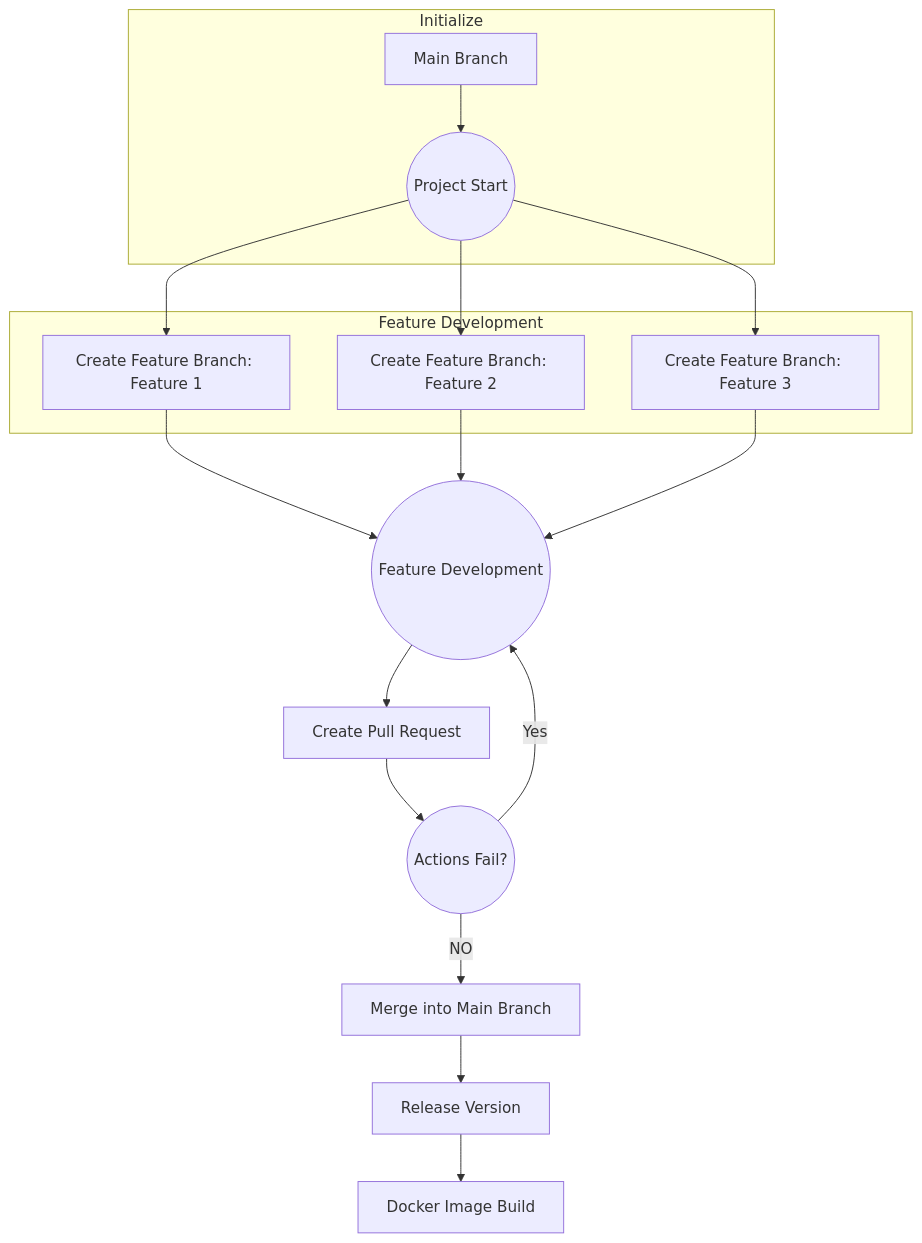
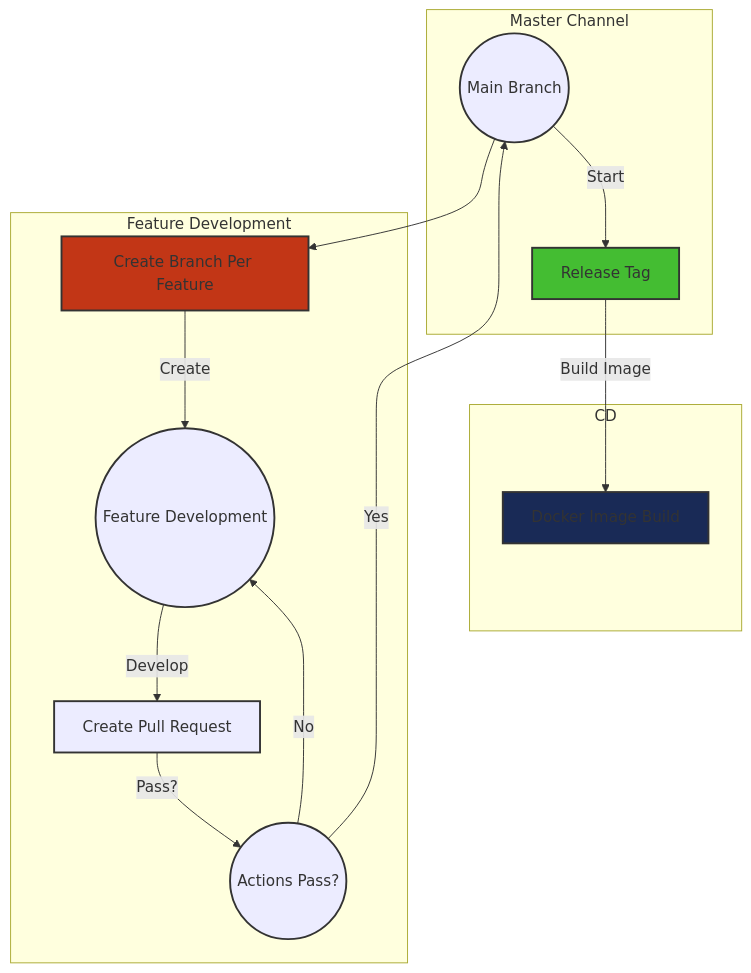
One commit to FMotalleb/cord-locator changed the diagram in README.md. Above: the diagram before and after it, drawn with Mermaid. The commit also changed other lines of this file, not shown here.

````diff
--- a/README.md
+++ b/README.md
@@ -37,24 +47,30 @@
 ```mermaid
 flowchart TB
-    subgraph "Initialize"
-        A[Main Branch] --> B((Project Start))
+    subgraph "Master Channel"
+        A((Main Branch)) -->|Start| B[Release Tag]
+    end
+    subgraph "CD"
+        B -->|Build Image| M[Docker Image Build]
+    end
+    subgraph "Feature Development"
+        A --> C[Create Branch Per Feature]
+        C -->|Create| F((Feature Development))
+
+        F -->|Develop| G[Create Pull Request]
+        G -->|Pass?| H((Actions Pass?))
+        H -->|No| F
+        H -->|Yes| A
     end
 
-    subgraph "Feature Development"
-        B --> C[Create Feature Branch: Feature 1]
-        B --> D[Create Feature Branch: Feature 2]
-        B --> E[Create Feature Branch: Feature 3]
-    end
-
-    C --> F((Feature Development))
-    D --> F
-    E --> F
-
-    F --> G[Create Pull Request]
-    G --> H((Actions Fail?))
-    H --> |Yes| F
-    H --> |NO| J[Merge into Main Branch]
-    
-    J --> K[Release Version]
-    K --> M[Docker Image Build]
+    %% Descriptions
+    style B fill:#44bd32,stroke:#333,stroke-width:2px
+    style M fill:#192a56,stroke:#333,stroke-width:2px
+    style C fill:#c23616,stroke:#333,stroke-width:2px
+    style A stroke:#333,stroke-width:2px
+    style F stroke:#333,stroke-width:2px
+    style G stroke:#333,stroke-width:2px
+    style H stroke:#333,stroke-width:2px
+    style B stroke:#333,stroke-width:2px
+    style M stroke:#333,stroke-width:2px
+    style C stroke:#333,stroke-width:2px
 ```
````
